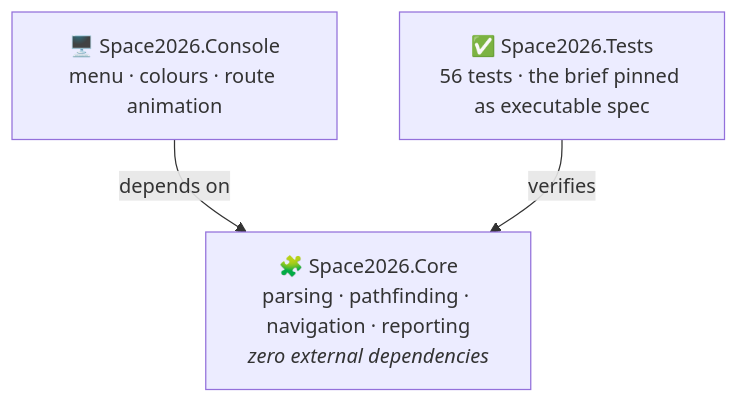
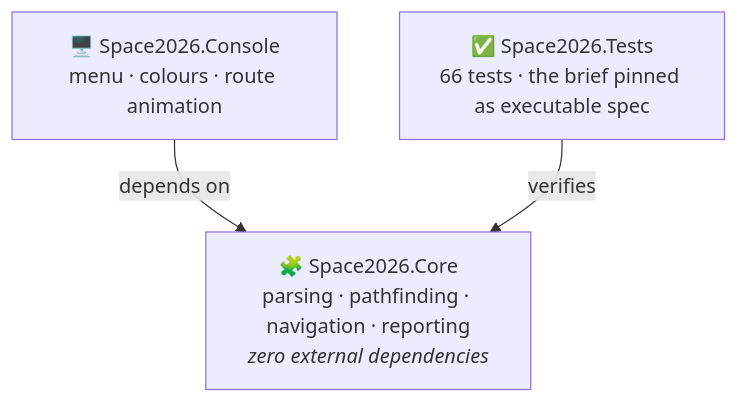
The first of 3 diagrams in README.md (RayaSergieva/space-2026), drawn with Mermaid before and after one commit. The commit also changed other lines of this file, not shown here.

````diff
--- a/README.md
+++ b/README.md
@@ -134,8 +137,8 @@
 ```mermaid
 flowchart TB
     Console["🖥️ Space2026.Console<br/>menu · colours · route animation"]
     Core["🧩 Space2026.Core<br/>parsing · pathfinding · navigation · reporting<br/><i>zero external dependencies</i>"]
-    Tests["✅ Space2026.Tests<br/>56 tests · the brief pinned as executable spec"]
+    Tests["✅ Space2026.Tests<br/>66 tests · the brief pinned as executable spec"]
     Console -->|depends on| Core
     Tests -->|verifies| Core
 ```
````
